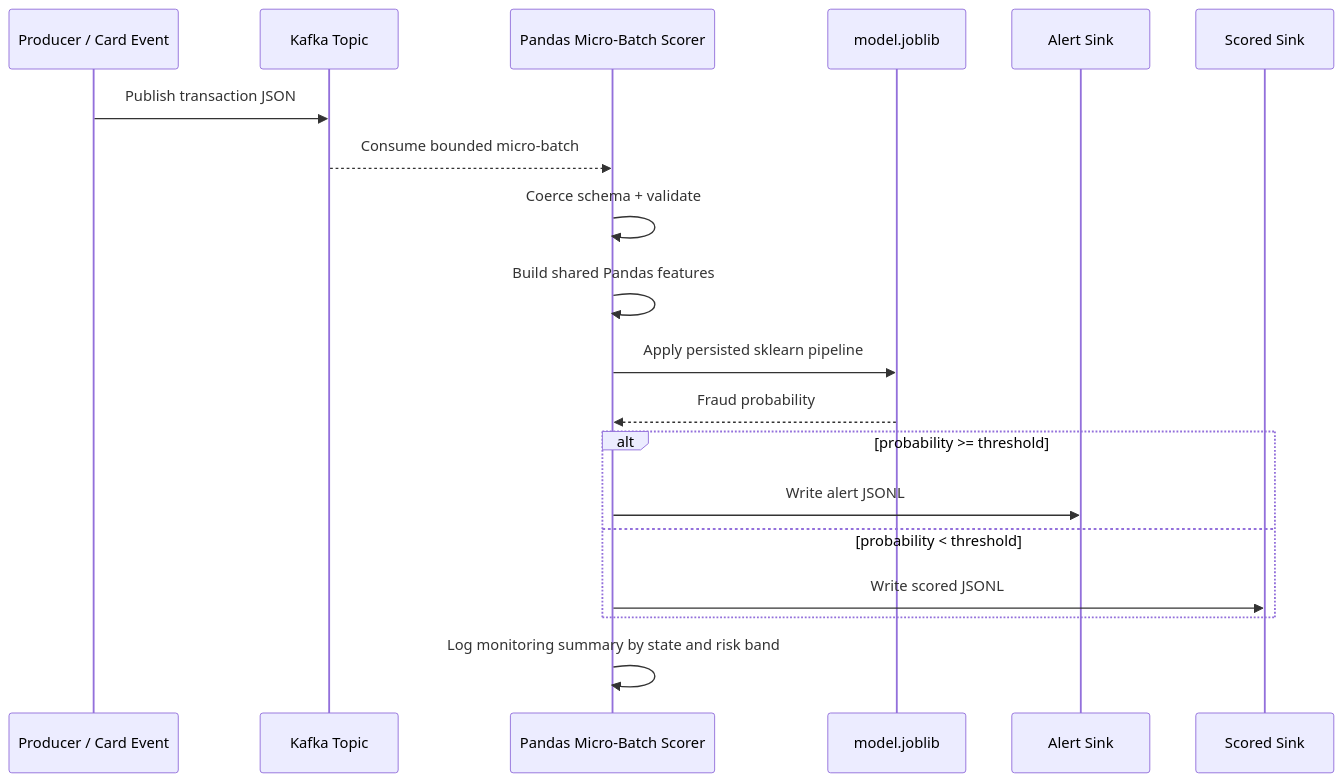
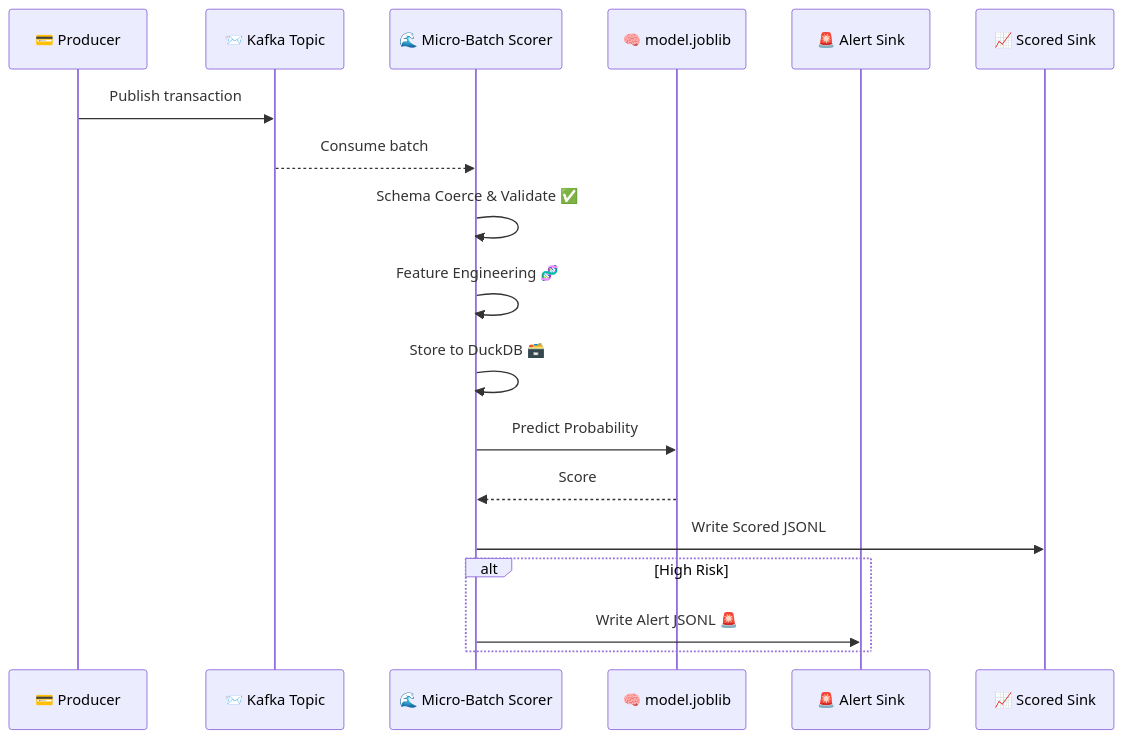
One commit to Prithwijit24/credit_card_fraud_detection changed the first of 2 diagrams in docs/architecture.md. Above: the diagram before and after it, drawn with Mermaid. The commit also changed other lines of this file and 179 other files, not shown here.

````diff
--- a/docs/architecture.md
+++ b/docs/architecture.md
@@ -8,22 +11,21 @@
 ```mermaid
 sequenceDiagram
-    participant P as Producer / Card Event
-    participant K as Kafka Topic
-    participant S as Pandas Micro-Batch Scorer
-    participant M as model.joblib
-    participant A as Alert Sink
-    participant O as Scored Sink
+    participant P as 💳 Producer
+    participant K as 📨 Kafka Topic
+    participant S as 🌊 Micro-Batch Scorer
+    participant M as 🧠 model.joblib
+    participant A as 🚨 Alert Sink
+    participant O as 📈 Scored Sink
 
-    P->>K: Publish transaction JSON
-    K-->>S: Consume bounded micro-batch
-    S->>S: Coerce schema + validate
-    S->>S: Build shared Pandas features
-    S->>M: Apply persisted sklearn pipeline
-    M-->>S: Fraud probability
-    alt probability >= threshold
-        S->>A: Write alert JSONL
-    else probability < threshold
-        S->>O: Write scored JSONL
+    P->>K: Publish transaction
+    K-->>S: Consume batch
+    S->>S: Schema Coerce & Validate ✅
+    S->>S: Feature Engineering 🧬
+    S->>S: Store to DuckDB 🗃️
+    S->>M: Predict Probability
+    M-->>S: Score
+    S->>O: Write Scored JSONL
+    alt High Risk
+        S->>A: Write Alert JSONL 🚨
     end
-    S->>S: Log monitoring summary by state and risk band
 ```
````
